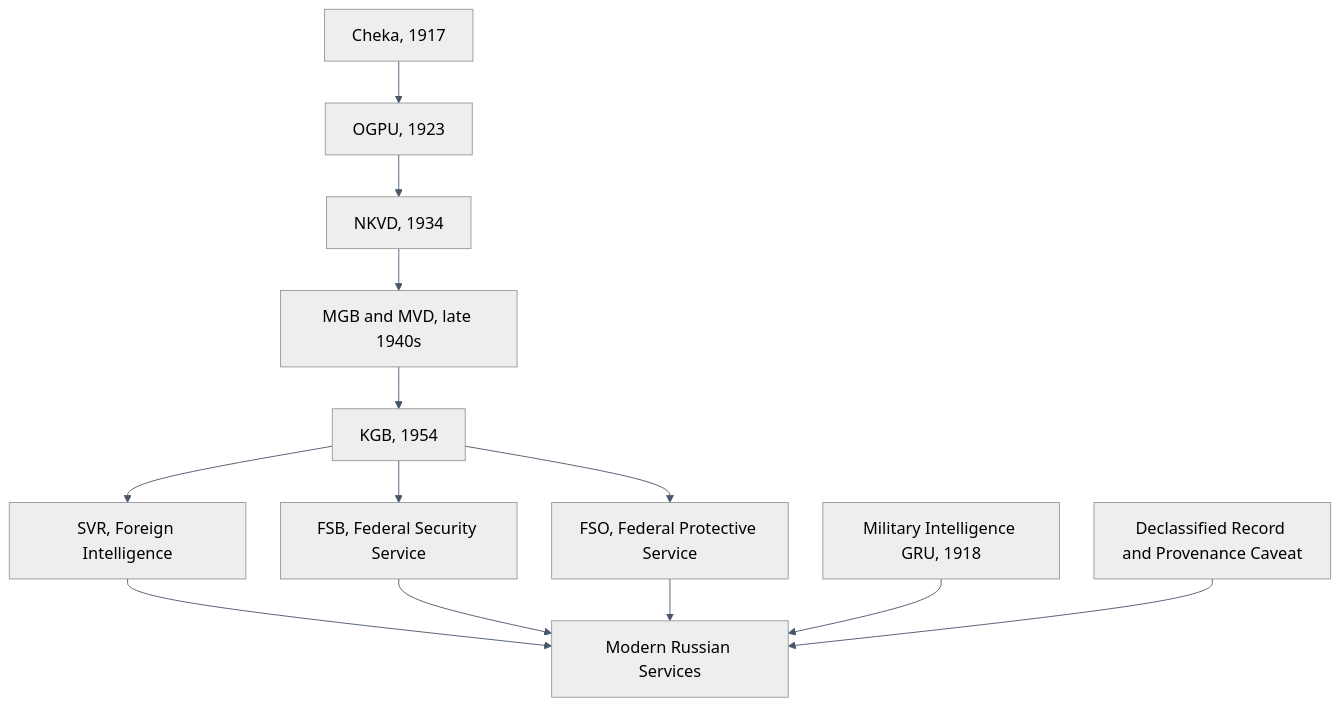
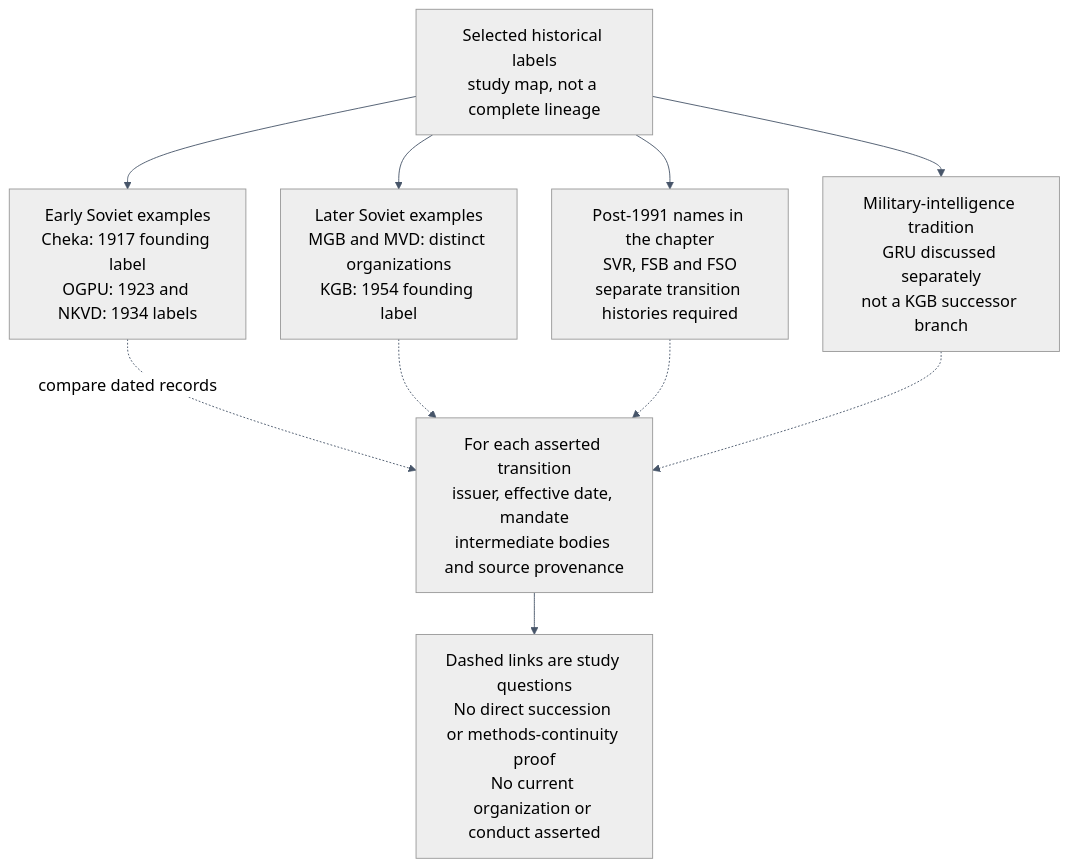
One commit to docxology/AGEINT changed the diagram in output/figures/mermaid/soviet-russian-intelligence-organizational-lineage.mmd. Above: the diagram before and after it, drawn with Mermaid. The commit also changed 1158 other files, not shown here.

```diff
--- a/output/figures/mermaid/soviet-russian-intelligence-organizational-lineage.mmd
+++ b/output/figures/mermaid/soviet-russian-intelligence-organizational-lineage.mmd
@@ -1,25 +1,11 @@
 %%{init: {'theme':'neutral','themeVariables':{'fontSize':'18px','fontFamily':'Arial, sans-serif','primaryColor':'#dbeafe','primaryBorderColor':'#475569','primaryTextColor':'#0f172a','lineColor':'#475569','secondaryColor':'#dcfce7','tertiaryColor':'#fef3c7'},'flowchart':{'htmlLabels':true,'nodeSpacing':38,'rankSpacing':46,'curve':'basis','subGraphTitleMargin':{'top':8,'bottom':12}}}}%%
 flowchart TB
-  Cheka["Cheka, 1917"]
-  OGPU["OGPU, 1923"]
-  NKVD["NKVD, 1934"]
-  MGB["MGB and MVD, late 1940s"]
-  KGB["KGB, 1954"]
-  GRU["Military Intelligence GRU, 1918"]
-  SVR["SVR, Foreign Intelligence"]
-  FSB["FSB, Federal Security Service"]
-  FSO["FSO, Federal Protective Service"]
-  Modern["Modern Russian Services"]
-  Caveat["Declassified Record and Provenance Caveat"]
-  Cheka --> OGPU
-  OGPU --> NKVD
-  NKVD --> MGB
-  MGB --> KGB
-  KGB --> SVR
-  KGB --> FSB
-  KGB --> FSO
-  SVR --> Modern
-  FSB --> Modern
-  FSO --> Modern
-  GRU --> Modern
-  Caveat --> Modern
+    ROOT["Selected historical labels<br/>study map, not a complete lineage"] --> EARLY["Early Soviet examples<br/>Cheka: 1917 founding label<br/>OGPU: 1923 and NKVD: 1934 labels"]
+    ROOT --> LATE["Later Soviet examples<br/>MGB and MVD: distinct organizations<br/>KGB: 1954 founding label"]
+    ROOT --> POST["Post-1991 names in the chapter<br/>SVR, FSB and FSO<br/>separate transition histories required"]
+    ROOT --> MIL["Military-intelligence tradition<br/>GRU discussed separately<br/>not a KGB successor branch"]
+    EARLY -. "compare dated records" .-> CHECK["For each asserted transition<br/>issuer, effective date, mandate<br/>intermediate bodies and source provenance"]
+    LATE -.-> CHECK
+    POST -.-> CHECK
+    MIL -.-> CHECK
+    CHECK --> LIMIT["Dashed links are study questions<br/>No direct succession or methods-continuity proof<br/>No current organization or conduct asserted"]
```
